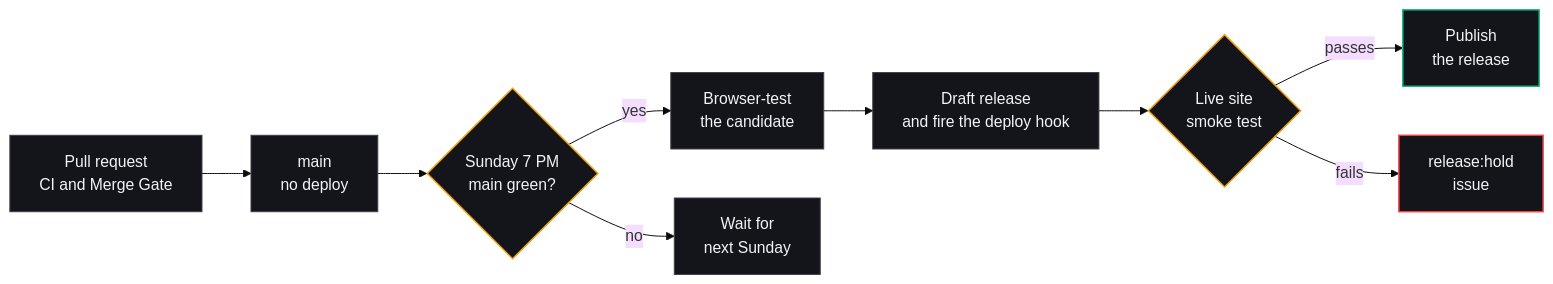
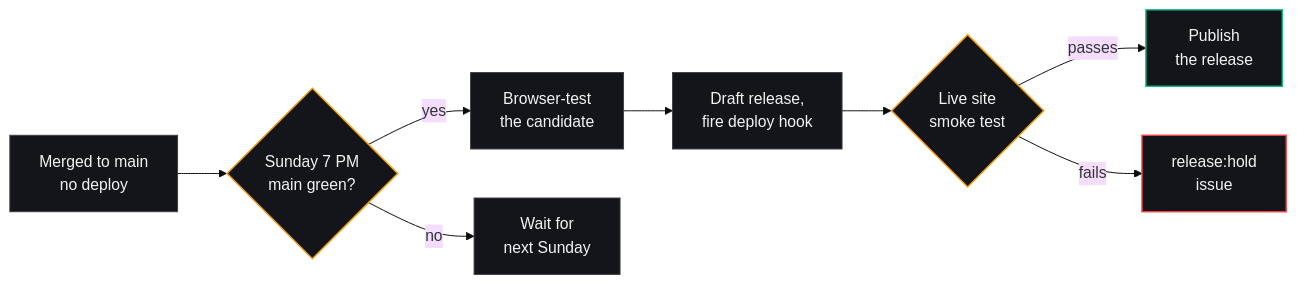
The second of 2 diagrams in README.md (fderuiter/deruiter.dev), drawn with Mermaid (base theme) before and after one commit. The commit also changed other lines of this file and 3 other files, not shown here.

First line of the commit message:
docs(readme): fix the Node.js badge, even out the clinical shots, tighten the train diagram

````diff
--- a/README.md
+++ b/README.md
@@ -210,19 +210,18 @@
 ```mermaid
 flowchart LR
-  PR["Pull request<br/>CI and Merge Gate"] --> M["main<br/>no deploy"]
-  M --> T{"Sunday 7 PM<br/>main green?"}
+  M["Merged to main<br/>no deploy"] --> T{"Sunday 7 PM<br/>main green?"}
   T -- yes --> B["Browser-test<br/>the candidate"]
-  B --> R["Draft release<br/>and fire the deploy hook"]
+  B --> R["Draft release,<br/>fire deploy hook"]
   R --> S{"Live site<br/>smoke test"}
   S -- passes --> P["Publish<br/>the release"]
   S -- fails --> H["release:hold<br/>issue"]
   T -- no --> W["Wait for<br/>next Sunday"]
   classDef step fill:#13151a,stroke:#3f3f46,color:#f4f4f6
   classDef gate fill:#13151a,stroke:#f59e0b,stroke-width:1.5px,color:#f4f4f6
   classDef good fill:#13151a,stroke:#10b981,stroke-width:1.5px,color:#f4f4f6
   classDef bad fill:#13151a,stroke:#ef4444,stroke-width:1.5px,color:#f4f4f6
-  class PR,M,B,R,W step
+  class M,B,R,W step
   class T,S gate
   class P good
   class H bad
 ```
````
